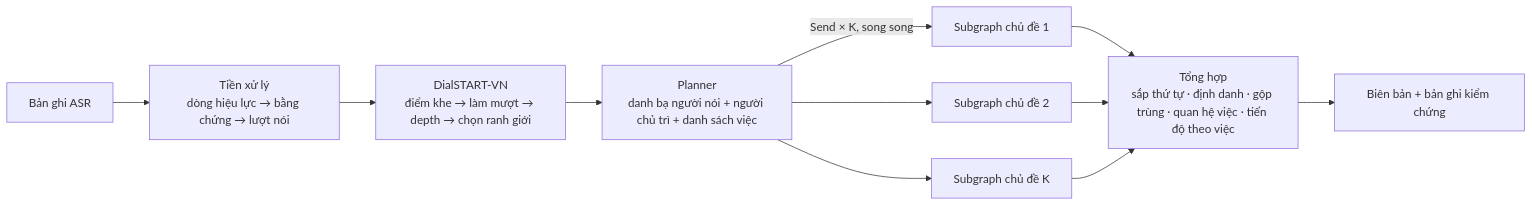
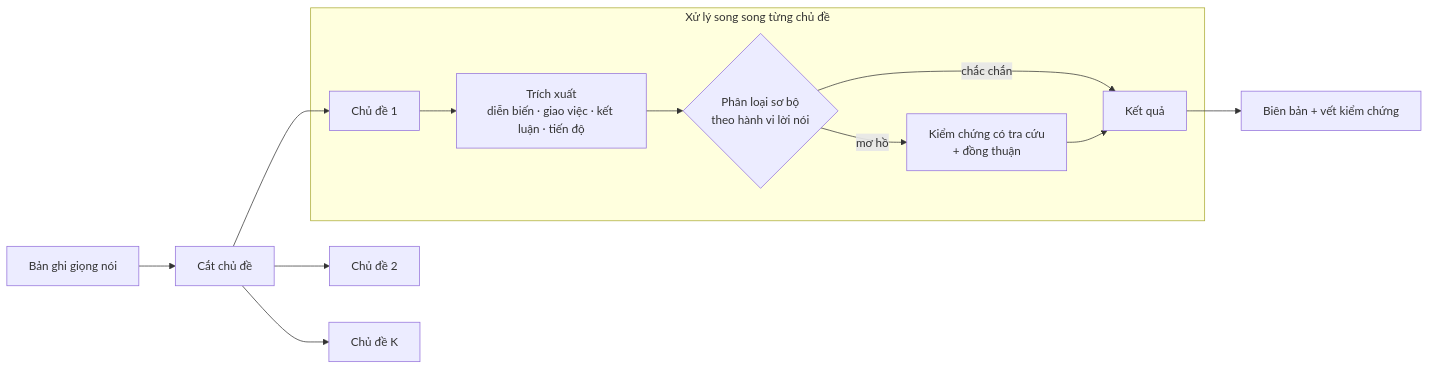
Before and after one commit to Audrey178/meeting_analysis: the diagram in meeting_analysis/paper/PAPER.md, drawn with Mermaid. The commit also changed other lines of this file, not shown here.

````diff
--- a/meeting_analysis/paper/PAPER.md
+++ b/meeting_analysis/paper/PAPER.md
@@ -174,11 +187,13 @@
 ```mermaid
 flowchart LR
-  A[Bản ghi ASR] --> B[Tiền xử lý<br/>dòng hiệu lực → bằng chứng → lượt nói]
-  B --> C[DialSTART‑VN<br/>điểm khe → làm mượt → depth → chọn ranh giới]
-  C --> D[Planner<br/>danh bạ người nói + người chủ trì + danh sách việc]
-  D -->|Send × K, song song| T1[Subgraph chủ đề 1]
-  D --> T2[Subgraph chủ đề 2]
-  D --> TK[Subgraph chủ đề K]
-  T1 & T2 & TK --> F[Tổng hợp<br/>sắp thứ tự · định danh · gộp trùng · quan hệ việc · tiến độ theo việc]
-  F --> R[Biên bản + bản ghi kiểm chứng]
+  A[Bản ghi giọng nói] --> B[Cắt chủ đề]
+  B --> C1[Chủ đề 1] & C2[Chủ đề 2] & C3[Chủ đề K]
+  subgraph "Xử lý song song từng chủ đề"
+    C1 --> E[Trích xuất<br/>diễn biến · giao việc · kết luận · tiến độ]
+    E --> F{Phân loại sơ bộ<br/>theo hành vi lời nói}
+    F -->|chắc chắn| O[Kết quả]
+    F -->|mơ hồ| V[Kiểm chứng có tra cứu<br/>+ đồng thuận]
+    V --> O
+  end
+  O --> R[Biên bản + vết kiểm chứng]
 ```
````
